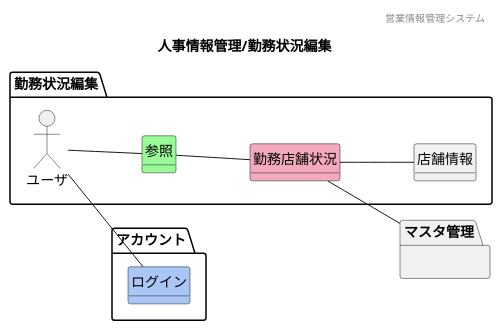
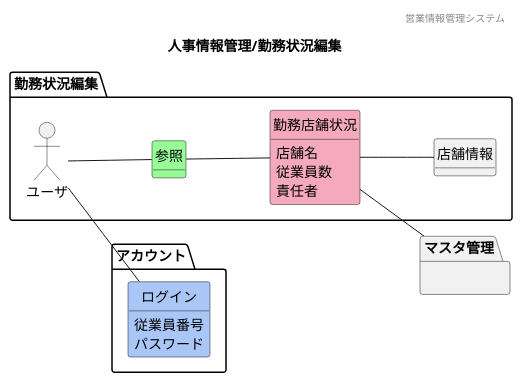
The diagram in 各種設計書/1ドメインモデル図/人事情報管理/F14勤務状況編集.plantuml (HaruShim/Sotuken), drawn with PlantUML before and after one commit. The commit also changed 13 other files, not shown here.

```diff
--- a/各種設計書/1ドメインモデル図/人事情報管理/F14勤務状況編集.plantuml
+++ b/各種設計書/1ドメインモデル図/人事情報管理/F14勤務状況編集.plantuml
@@ -1,40 +1,50 @@
 @startuml images/人事情報管理/勤務状況編集
 ' ヘッダー
 header 営業情報管理システム
 ' タイトル
 title 人事情報管理/勤務状況編集
 ' 
 hide circle
 ' 
 hide method
 left to right direction
 
 package "アカウント"{
     class "ログイン" #A9C6F6
 }
 
 package "勤務状況編集" {
     'ユーザや外部システム
     mix_actor "ユーザ"
     class "参照" #98fb98
     class "勤務店舗状況" #F5A9BC
     class "店舗情報"
 }
     package "マスタ管理"{
     }
     ' class "" #F5A9BC
     ' class "" #ffd700
 
     'モデル同士の関係
     ユーザ -- 参照
     ユーザ -- ログイン
     参照 -- 勤務店舗状況
     勤務店舗状況 -- 店舗情報
     勤務店舗状況 -- マスタ管理
 
     'ドメインクラスの属性
+    ' 店舗情報 : 店舗名
+    ' 店舗情報 : 住所
+    ' 店舗情報 : 連絡先
+    ' 店舗情報 : 店長
+    ' 店舗情報 : 主な従業員
+    勤務店舗状況 : 店舗名
+    勤務店舗状況 : 従業員数
+    勤務店舗状況 : 責任者
+    ログイン : 従業員番号
+    ログイン : パスワード
 
 
 
 
 @enduml
```
